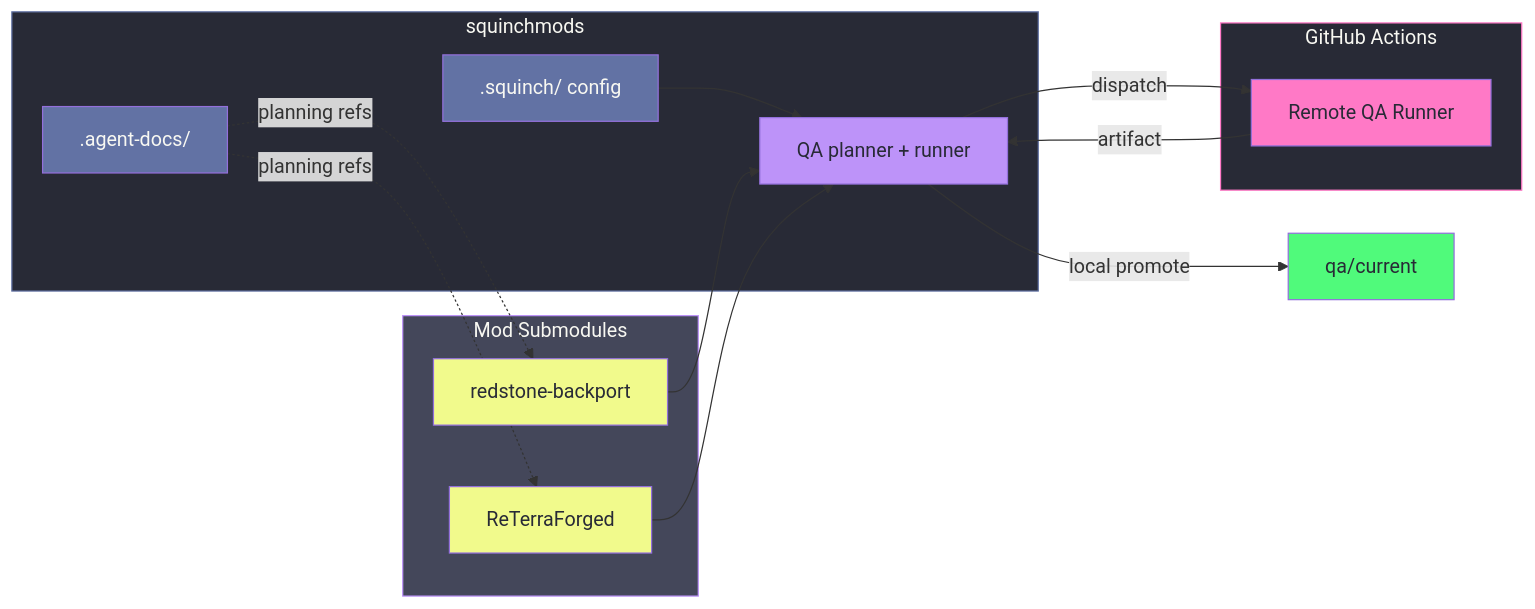
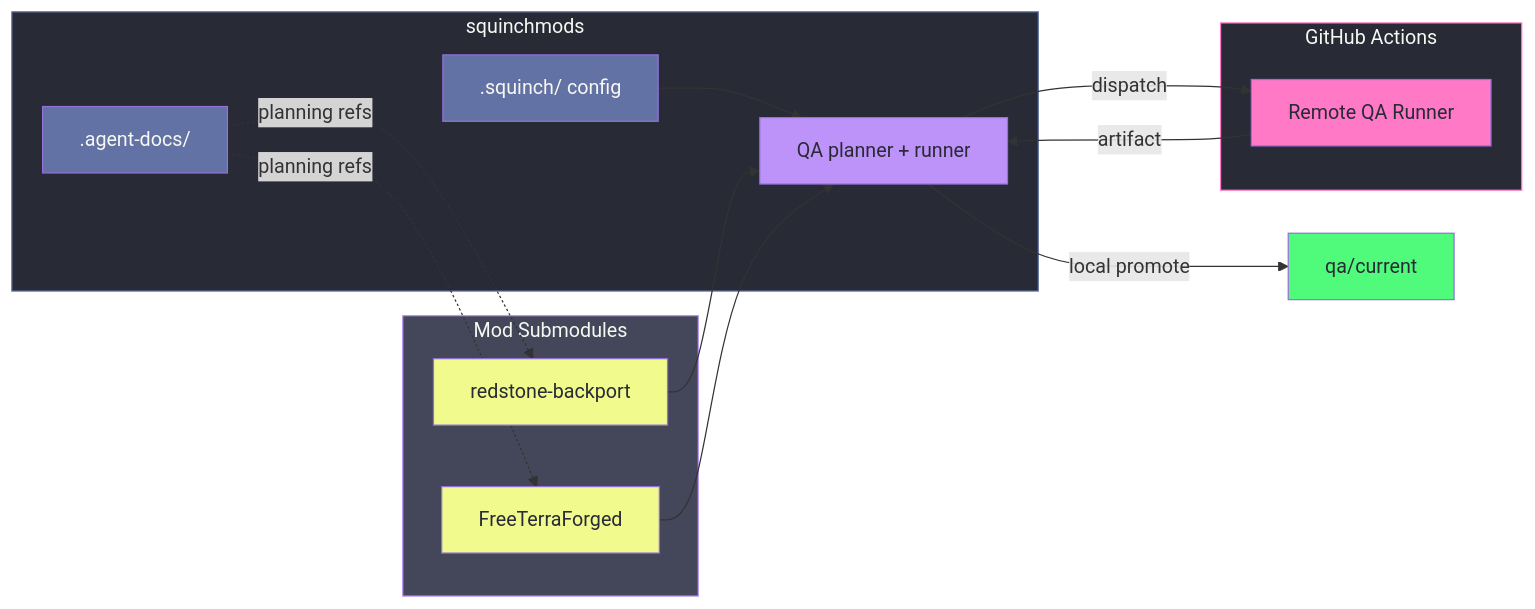
The diagram in .agent-docs/README.md (scottdraper8/squinchmods), drawn with Mermaid before and after one commit. The commit also changed 5179 other files, not shown here.

Commit message:
Refactor FreeTerraForged investigation tooling

````diff
--- a/.agent-docs/README.md
+++ b/.agent-docs/README.md
@@ -27,38 +27,38 @@
 ```mermaid
 graph LR
     subgraph Central [squinchmods]
         Config[.squinch/ config]
         Docs[.agent-docs/]
         Planner[QA planner + runner]
     end
 
     subgraph Mods [Mod Submodules]
         Mod1[redstone-backport]
-        Mod2[ReTerraForged]
+        Mod2[FreeTerraForged]
     end
 
     subgraph Remote [GitHub Actions]
         Runner[Remote QA Runner]
     end
 
     Config --> Planner
     Mod1 --> Planner
     Mod2 --> Planner
     Planner -->|local promote| Current[qa/current]
     Planner -->|dispatch| Runner
     Runner -->|artifact| Planner
     Docs -.->|planning refs| Mod1
     Docs -.->|planning refs| Mod2
 
     %% Dracula Theme Styling
     style Central fill:#282a36,stroke:#6272a4,color:#f8f8f2
     style Mods fill:#44475a,stroke:#bd93f9,color:#f8f8f2
     style Remote fill:#282a36,stroke:#ff79c6,color:#f8f8f2
     style Config fill:#6272a4,color:#f8f8f2
     style Docs fill:#6272a4,color:#f8f8f2
     style Planner fill:#bd93f9,color:#282a36
     style Mod1 fill:#f1fa8c,color:#282a36
     style Mod2 fill:#f1fa8c,color:#282a36
     style Runner fill:#ff79c6,color:#282a36
     style Current fill:#50fa7b,color:#282a36
 ```
````
